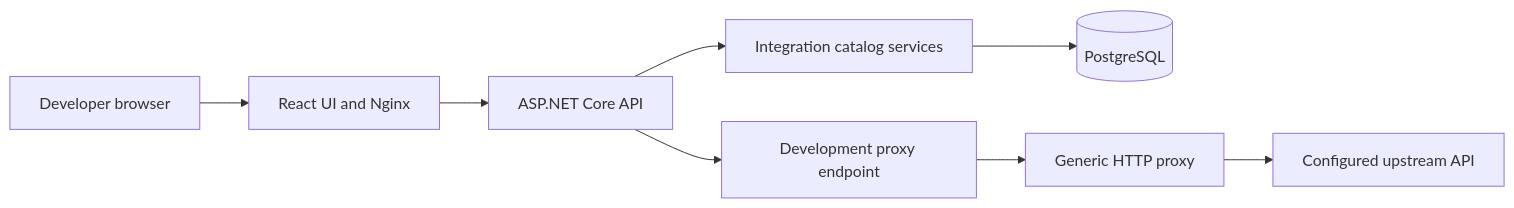
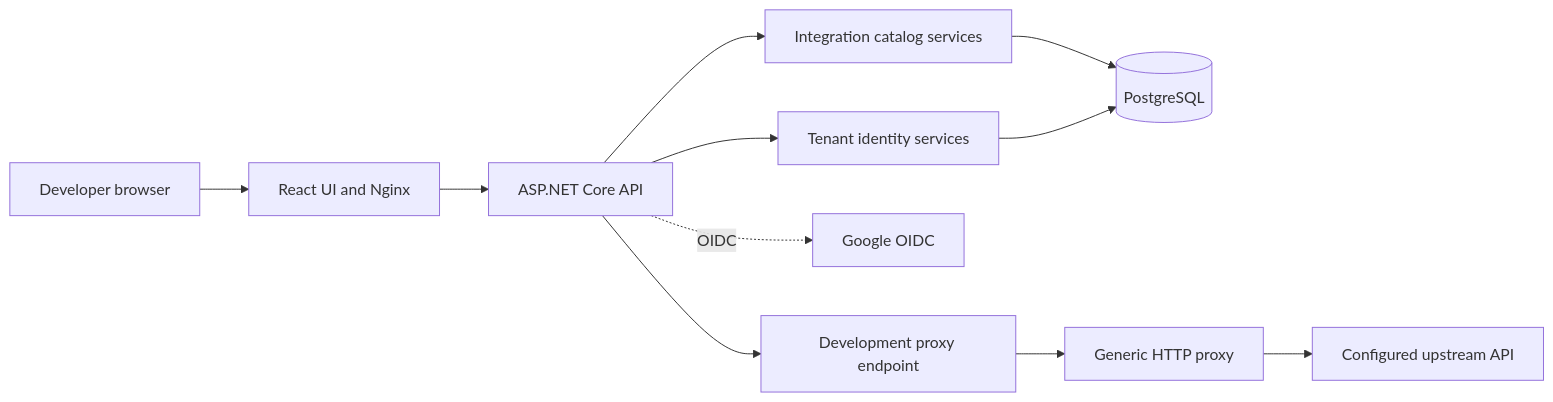
Before and after one commit to quatonomy/centre-lock-aidlc: the first of 3 diagrams in aidlc-docs/inception/reverse-engineering/architecture.md, drawn with Mermaid. The commit also changed other lines of this file and 8 other files, not shown here.

````diff
--- a/aidlc-docs/inception/reverse-engineering/architecture.md
+++ b/aidlc-docs/inception/reverse-engineering/architecture.md
@@ -11,10 +11,13 @@
 ```mermaid
 flowchart LR
     Browser["Developer browser"] --> Web["React UI and Nginx"]
     Web --> API["ASP.NET Core API"]
     API --> Catalog["Integration catalog services"]
+    API --> Identity["Tenant identity services"]
+    API -. "OIDC" .-> Google["Google OIDC"]
     Catalog --> Database[("PostgreSQL")]
+    Identity --> Database
     API --> Proxy["Development proxy endpoint"]
     Proxy --> Connector["Generic HTTP proxy"]
     Connector --> Upstream["Configured upstream API"]
 ```
````
